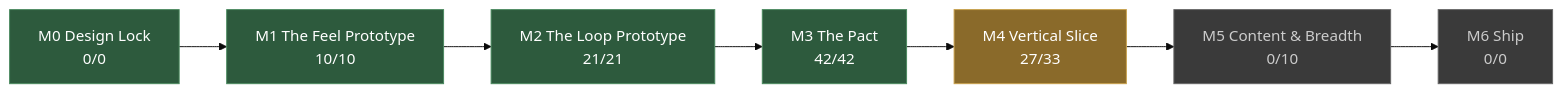
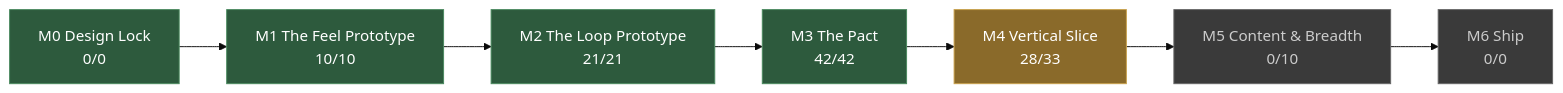
Before and after one commit to JoshuaGessner/she: the diagram in docs/STATUS.md, drawn with Mermaid (base theme). The commit also changed other lines of this file and 5 other files, not shown here.

````diff
--- a/docs/STATUS.md
+++ b/docs/STATUS.md
@@ -13,19 +13,19 @@
 ```mermaid
 flowchart LR
   M0["M0 Design Lock<br/>0/0"]:::passed
   M1["M1 The Feel Prototype<br/>10/10"]:::passed
   M0 --> M1
   M2["M2 The Loop Prototype<br/>21/21"]:::passed
   M1 --> M2
   M3["M3 The Pact<br/>42/42"]:::passed
   M2 --> M3
-  M4["M4 Vertical Slice<br/>27/33"]:::current
+  M4["M4 Vertical Slice<br/>28/33"]:::current
   M3 --> M4
   M5["M5 Content & Breadth<br/>0/10"]:::ahead
   M4 --> M5
   M6["M6 Ship<br/>0/0"]:::ahead
   M5 --> M6
   classDef passed fill:#2d5a3d,stroke:#4a8a5f,color:#fff
   classDef current fill:#8a6a2a,stroke:#c8a04a,color:#fff
   classDef ahead fill:#3a3a3a,stroke:#666,color:#ccc
 ```
````
